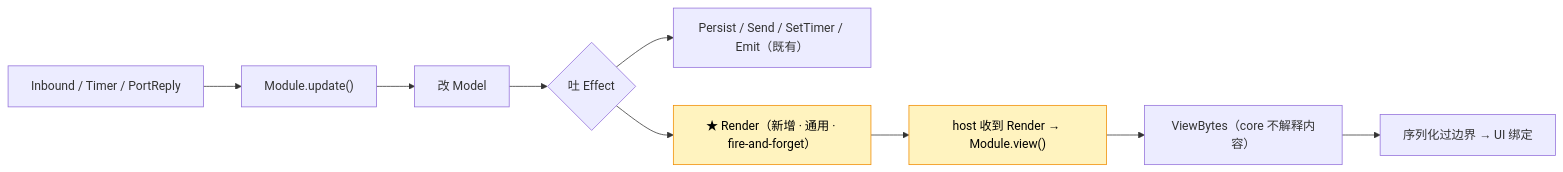
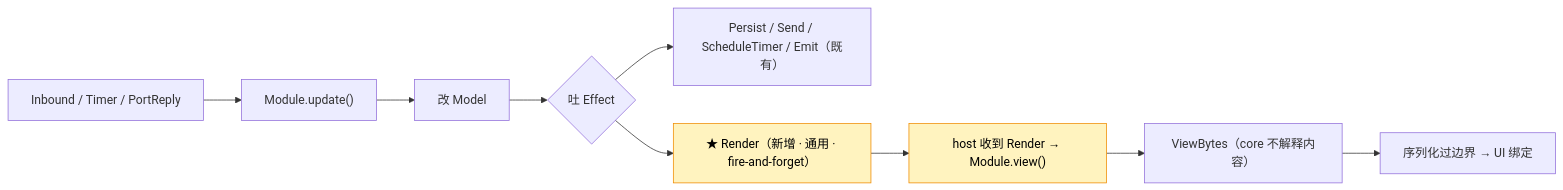
Before and after one commit to zxs1633079383/helix: diagram 24 of 27 in docs/过会方案/helix-core-im-架构设计.md, drawn with Mermaid. The commit also changed other lines of this file and 9 other files, not shown here.

````diff
--- a/docs/过会方案/helix-core-im-架构设计.md
+++ b/docs/过会方案/helix-core-im-架构设计.md
@@ -821,13 +821,13 @@
 ```mermaid
 flowchart LR
   IN["Inbound / Timer / PortReply"] --> UPD["Module.update()"]
   UPD --> MOD["改 Model"]
   MOD --> EFF{"吐 Effect"}
-  EFF --> E1["Persist / Send / SetTimer / Emit（既有）"]
+  EFF --> E1["Persist / Send / ScheduleTimer / Emit（既有）"]
   EFF --> E2["★ Render（新增 · 通用 · fire-and-forget）"]
   E2 --> VW["host 收到 Render → Module.view()"]
   VW --> VB["ViewBytes（core 不解释内容）"]
   VB --> UIB["序列化过边界 → UI 绑定"]
   classDef hot fill:#fff3bf,stroke:#f08c00,color:#000
   class E2,VW hot
 ```
````
